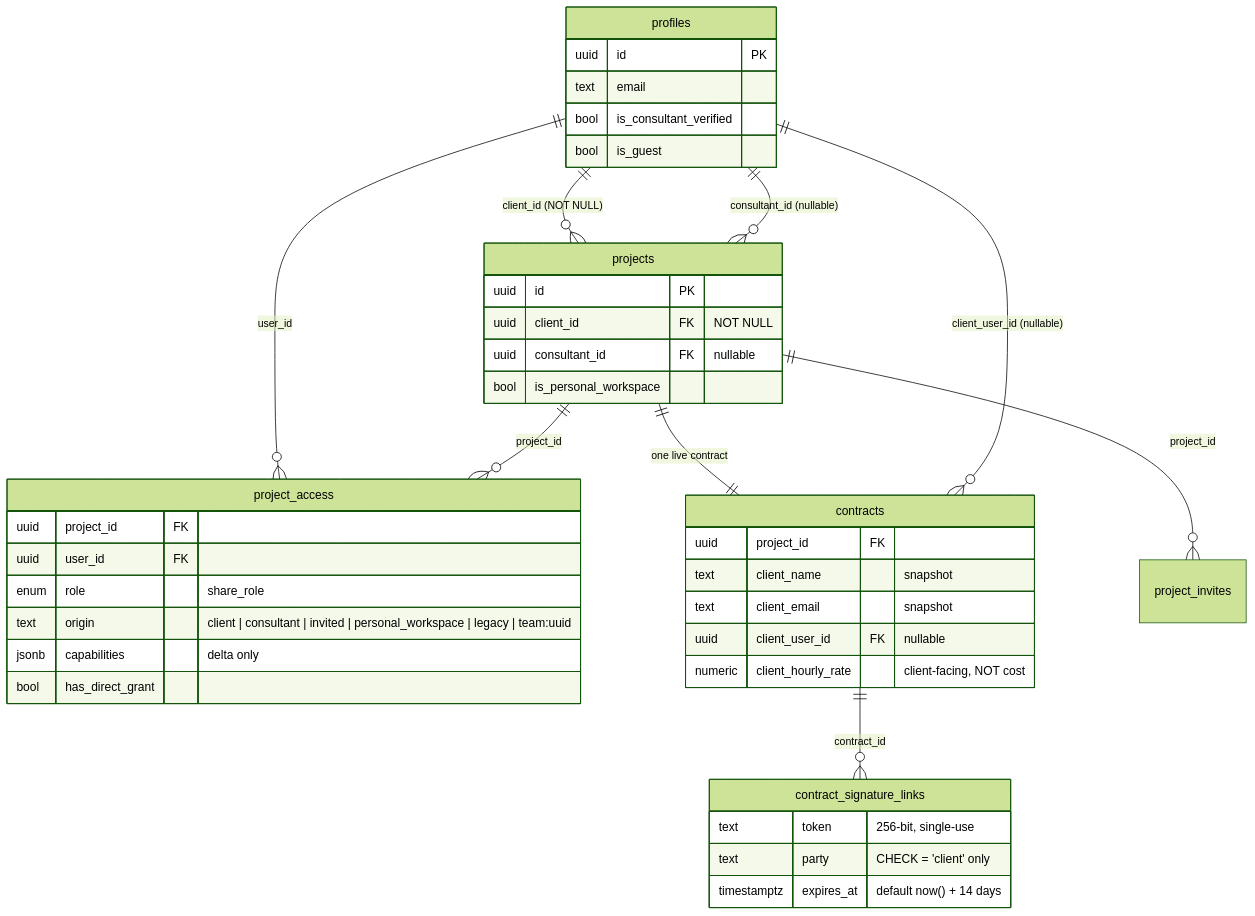
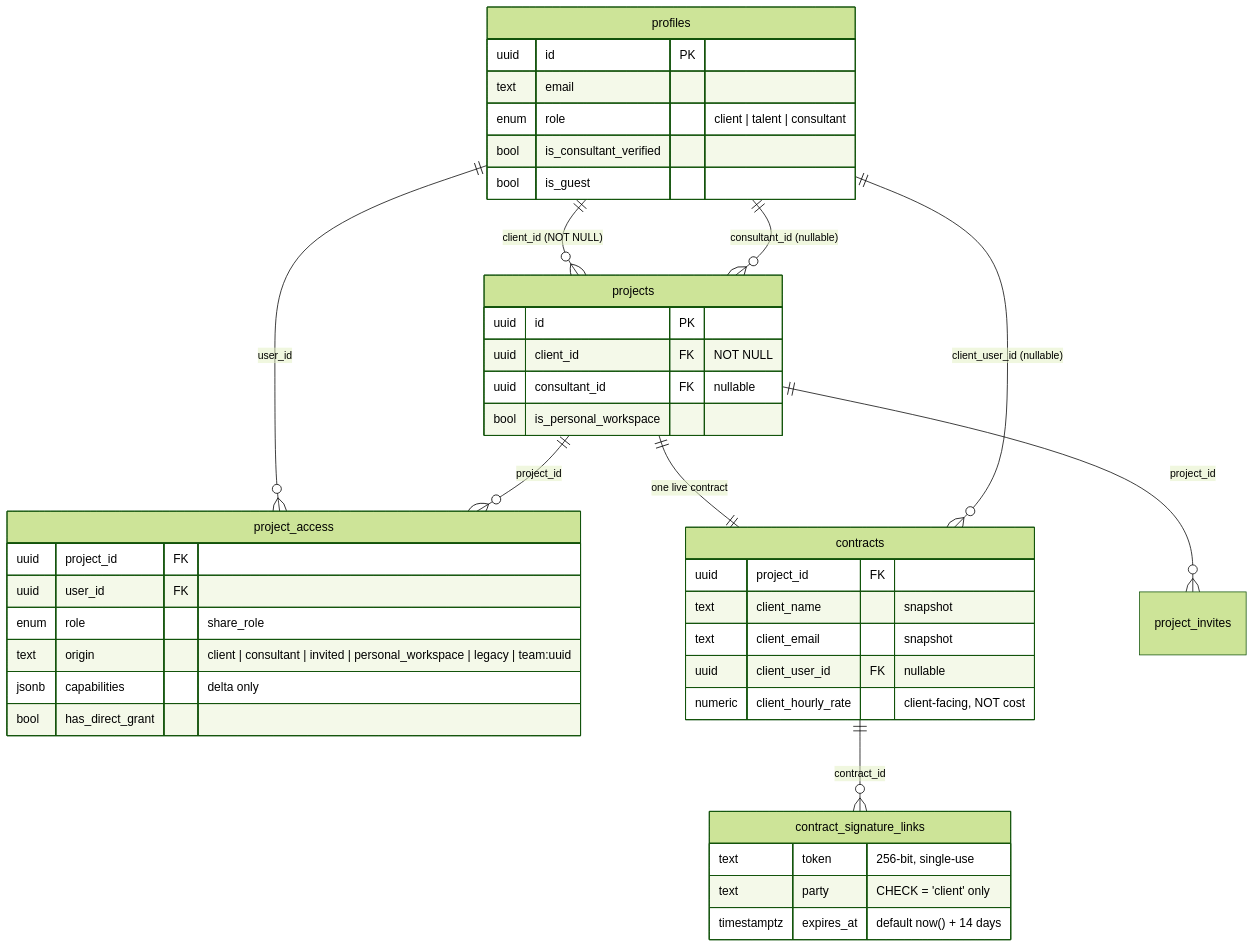
One commit to DavidBatoDev/proyekto changed the second of 2 diagrams in docs/11-domains/clients/client-structure.md. Above: the diagram before and after it, drawn with Mermaid (forest theme). The commit also changed other lines of this file and 27 other files, not shown here.

````diff
--- a/docs/11-domains/clients/client-structure.md
+++ b/docs/11-domains/clients/client-structure.md
@@ -64,44 +64,45 @@
 ```mermaid
 erDiagram
     profiles ||--o{ projects : "client_id (NOT NULL)"
     profiles ||--o{ projects : "consultant_id (nullable)"
     profiles ||--o{ project_access : user_id
     projects ||--o{ project_access : project_id
     projects ||--|| contracts : "one live contract"
     profiles ||--o{ contracts : "client_user_id (nullable)"
     contracts ||--o{ contract_signature_links : contract_id
     projects ||--o{ project_invites : project_id
 
     profiles {
         uuid id PK
         text email
+        enum role "client | talent | consultant"
         bool is_consultant_verified
         bool is_guest
     }
     projects {
         uuid id PK
         uuid client_id FK "NOT NULL"
         uuid consultant_id FK "nullable"
         bool is_personal_workspace
     }
     project_access {
         uuid project_id FK
         uuid user_id FK
         enum role "share_role"
         text origin "client | consultant | invited | personal_workspace | legacy | team:uuid"
         jsonb capabilities "delta only"
         bool has_direct_grant
     }
     contracts {
         uuid project_id FK
         text client_name "snapshot"
         text client_email "snapshot"
         uuid client_user_id FK "nullable"
         numeric client_hourly_rate "client-facing, NOT cost"
     }
     contract_signature_links {
         text token "256-bit, single-use"
         text party "CHECK = 'client' only"
         timestamptz expires_at "default now() + 14 days"
     }
 ```
````
